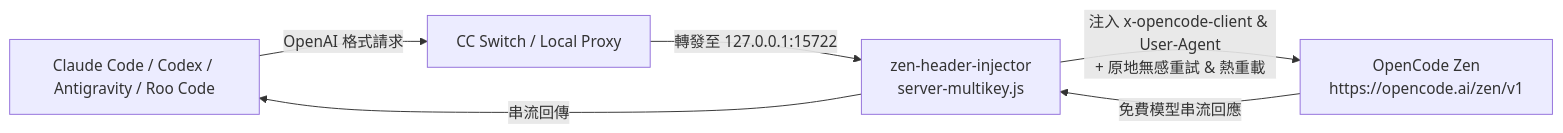
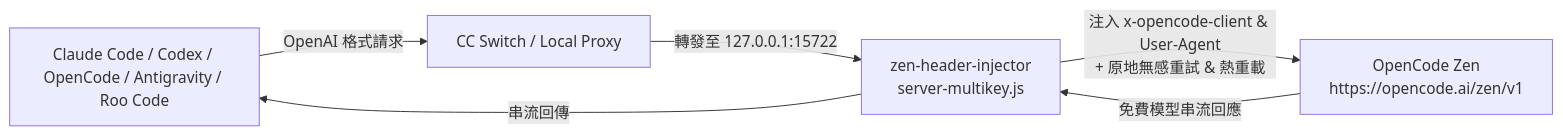
One commit to xup61069/HakkaAICODE changed the second of 2 diagrams in README.md. Above: the diagram before and after it, drawn with Mermaid. The commit also changed other lines of this file and 6 other files, not shown here.

````diff
--- a/README.md
+++ b/README.md
@@ -107,8 +110,8 @@
 ```mermaid
 flowchart LR
-    A[Claude Code / Codex / Antigravity / Roo Code] -->|OpenAI 格式請求| B[CC Switch / Local Proxy]
+    A[Claude Code / Codex / OpenCode / Antigravity / Roo Code] -->|OpenAI 格式請求| B[CC Switch / Local Proxy]
     B -->|轉發至 127.0.0.1:15722| C[zen-header-injector<br>server-multikey.js]
     C -->|注入 x-opencode-client & User-Agent<br>+ 原地無感重試 & 熱重載| D[OpenCode Zen<br>https://opencode.ai/zen/v1]
     D -->|免費模型串流回應| C
     C -->|串流回傳| A
 ```
````
